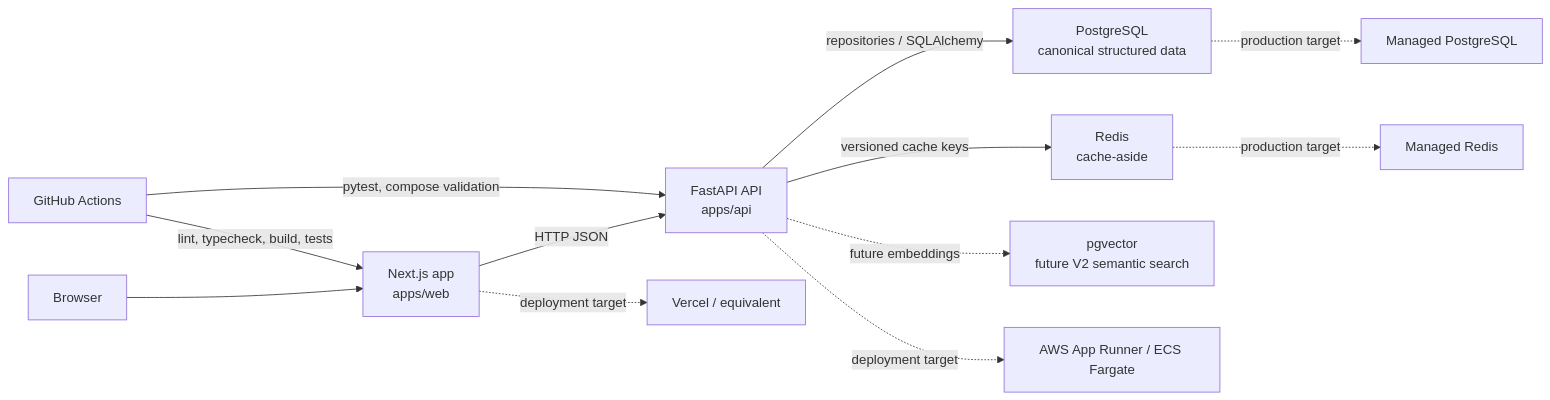
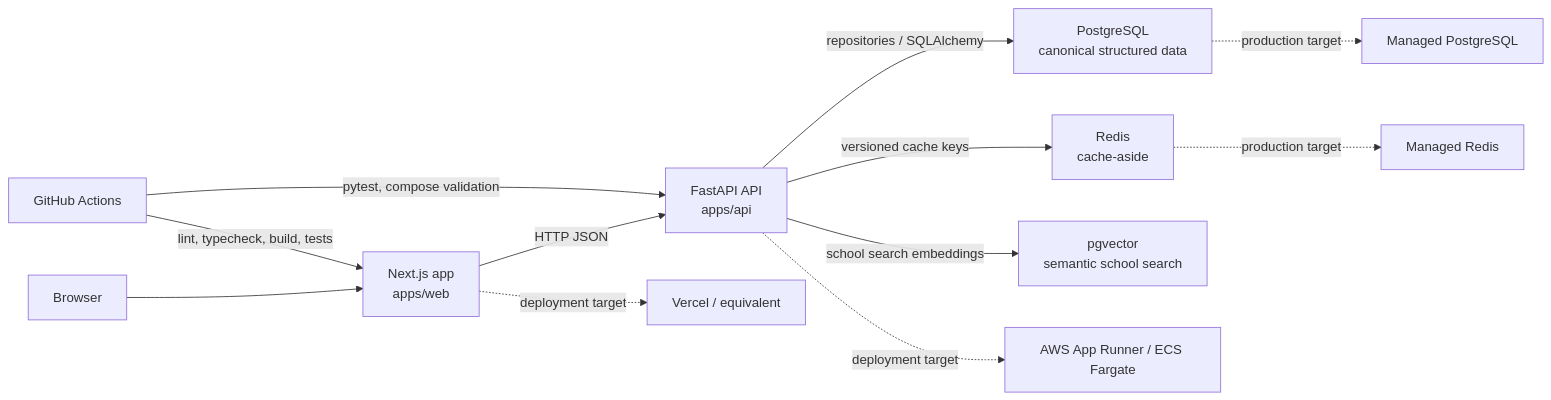
One commit to codysj/College-Explorer changed the diagram in docs/architecture.md. Above: the diagram before and after it, drawn with Mermaid. The commit also changed other lines of this file and 17 other files, not shown here.

````diff
--- a/docs/architecture.md
+++ b/docs/architecture.md
@@ -19,26 +19,26 @@
 ```mermaid
 flowchart LR
     browser["Browser"]
     next["Next.js app<br/>apps/web"]
     fastapi["FastAPI API<br/>apps/api"]
     postgres["PostgreSQL<br/>canonical structured data"]
     redis["Redis<br/>cache-aside"]
-    pgvector["pgvector<br/>future V2 semantic search"]
+    pgvector["pgvector<br/>semantic school search"]
     actions["GitHub Actions"]
     frontendHost["Vercel / equivalent"]
     apiHost["AWS App Runner / ECS Fargate"]
     managedPostgres["Managed PostgreSQL"]
     managedRedis["Managed Redis"]
 
     browser --> next
     next -->|"HTTP JSON"| fastapi
     fastapi -->|"repositories / SQLAlchemy"| postgres
     fastapi -->|"versioned cache keys"| redis
-    fastapi -.->|"future embeddings"| pgvector
+    fastapi -->|"school search embeddings"| pgvector
     actions -->|"lint, typecheck, build, tests"| next
     actions -->|"pytest, compose validation"| fastapi
     next -. "deployment target" .-> frontendHost
     fastapi -. "deployment target" .-> apiHost
     postgres -. "production target" .-> managedPostgres
     redis -. "production target" .-> managedRedis
 ```
````
